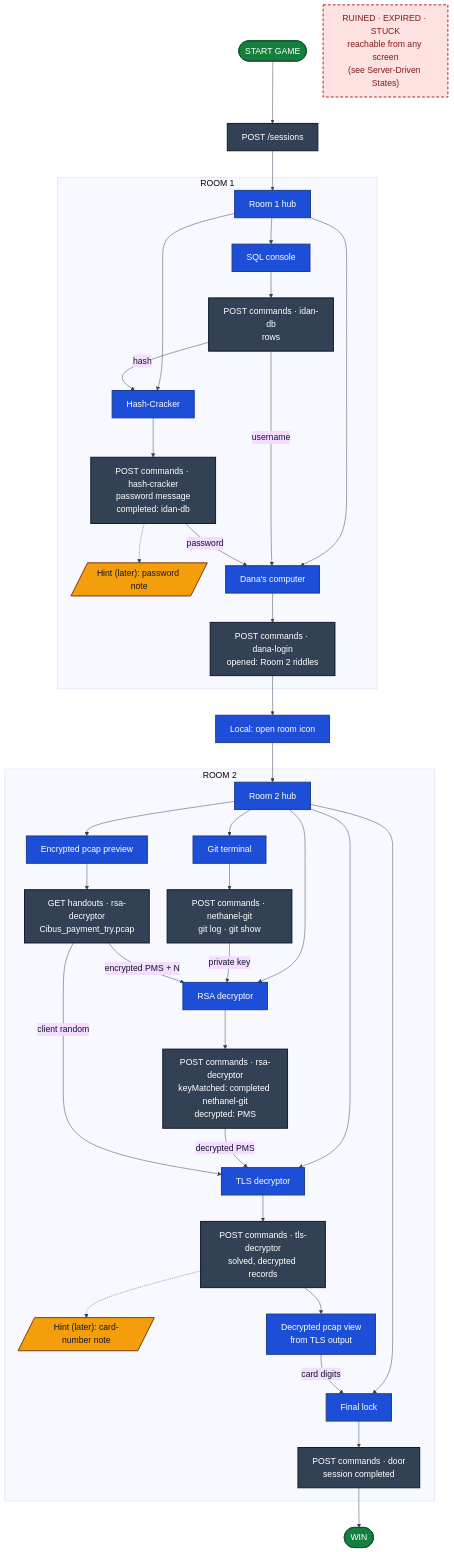
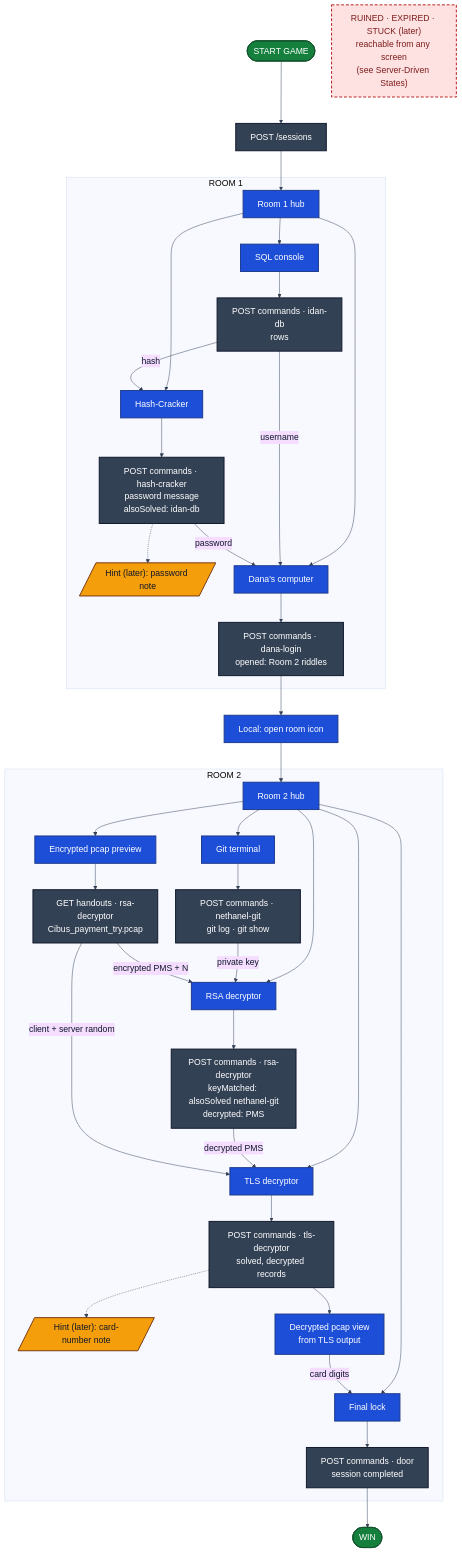
One commit to edenbuky/escapeRoom changed the ninth of 9 diagrams in DESIGN.md. Above: the diagram before and after it, drawn with Mermaid. The commit also changed other lines of this file, not shown here.

````diff
--- a/DESIGN.md
+++ b/DESIGN.md
@@ -812,74 +862,74 @@
 ```mermaid
 %%{init: {"theme": "base", "themeVariables": {"fontSize": "18px", "fontFamily": "Arial, Helvetica, sans-serif", "lineColor": "#334155", "primaryTextColor": "#0f172a"}, "flowchart": {"nodeSpacing": 35, "rankSpacing": 55, "curve": "basis"}}}%%
 flowchart TB
   START(["START GAME"])
   NEWS["POST /sessions"]
   START --> NEWS --> R1HUB
 
   subgraph ROOM1["ROOM 1"]
     R1HUB["Room 1 hub"]
     SQLC["SQL console"]
     SQLCALL["POST commands · idan-db<br/>rows"]
     HASH["Hash-Cracker"]
-    HASHCALL["POST commands · hash-cracker<br/>password message<br/>completed: idan-db"]
+    HASHCALL["POST commands · hash-cracker<br/>password message<br/>alsoSolved: idan-db"]
     HINT1[/"Hint (later): password note"/]
     LOGIN["Dana's computer"]
     LOGINCALL["POST commands · dana-login<br/>opened: Room 2 riddles"]
     R1HUB --> SQLC & HASH & LOGIN
     SQLC --> SQLCALL
     HASH --> HASHCALL
     HASHCALL -.-> HINT1
     LOGIN --> LOGINCALL
     SQLCALL -- "hash" --> HASH
     SQLCALL -- "username" --> LOGIN
     HASHCALL -- "password" --> LOGIN
   end
 
   OPEN["Local: open room icon"]
   LOGINCALL --> OPEN --> R2HUB
 
   subgraph ROOM2["ROOM 2"]
     R2HUB["Room 2 hub"]
     PCAP["Encrypted pcap preview"]
     PCAPCALL["GET handouts · rsa-decryptor<br/>Cibus_payment_try.pcap"]
     GIT["Git terminal"]
     GITCALL["POST commands · nethanel-git<br/>git log · git show"]
     RSA["RSA decryptor"]
-    RSACALL["POST commands · rsa-decryptor<br/>keyMatched: completed nethanel-git<br/>decrypted: PMS"]
+    RSACALL["POST commands · rsa-decryptor<br/>keyMatched: alsoSolved nethanel-git<br/>decrypted: PMS"]
     TLS["TLS decryptor"]
     TLSCALL["POST commands · tls-decryptor<br/>solved, decrypted records"]
     HINT2[/"Hint (later): card-number note"/]
     DPCAP["Decrypted pcap view<br/>from TLS output"]
     LOCK["Final lock"]
     LOCKCALL["POST commands · door<br/>session completed"]
     R2HUB --> PCAP & GIT & RSA & TLS & LOCK
     PCAP --> PCAPCALL
     GIT --> GITCALL
     RSA --> RSACALL
     TLS --> TLSCALL
     TLSCALL --> DPCAP
     TLSCALL -.-> HINT2
     LOCK --> LOCKCALL
     GITCALL -- "private key" --> RSA
     PCAPCALL -- "encrypted PMS + N" --> RSA
     RSACALL -- "decrypted PMS" --> TLS
-    PCAPCALL -- "client random" --> TLS
+    PCAPCALL -- "client + server random" --> TLS
     DPCAP -- "card digits" --> LOCK
   end
 
   WIN(["WIN"])
   LOCKCALL --> WIN
 
-  NOTE["RUINED · EXPIRED · STUCK<br/>reachable from any screen<br/>(see Server-Driven States)"]
+  NOTE["RUINED · EXPIRED · STUCK (later)<br/>reachable from any screen<br/>(see Server-Driven States)"]
 
   classDef ui fill:#1d4ed8,stroke:#1e3a8a,color:#ffffff,stroke-width:2px
   classDef server fill:#334155,stroke:#0f172a,color:#ffffff,stroke-width:2px
   classDef hint fill:#f59e0b,stroke:#78350f,color:#0f172a,stroke-width:2px
   classDef edge fill:#15803d,stroke:#14532d,color:#ffffff,stroke-width:2px
   classDef note fill:#fee2e2,stroke:#b91c1c,color:#7f1d1d,stroke-width:2px,stroke-dasharray:6 4
   class R1HUB,SQLC,HASH,LOGIN,OPEN,R2HUB,PCAP,GIT,RSA,TLS,DPCAP,LOCK ui
   class NEWS,SQLCALL,HASHCALL,LOGINCALL,PCAPCALL,GITCALL,RSACALL,TLSCALL,LOCKCALL server
   class HINT1,HINT2 hint
   class START,WIN edge
   class NOTE note
 ```
````
